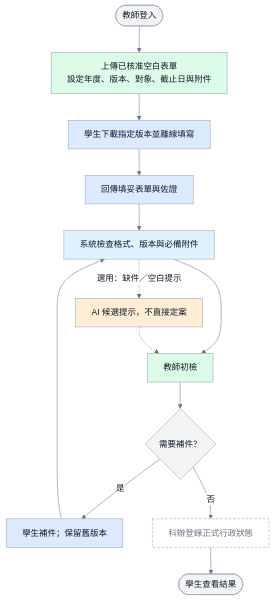
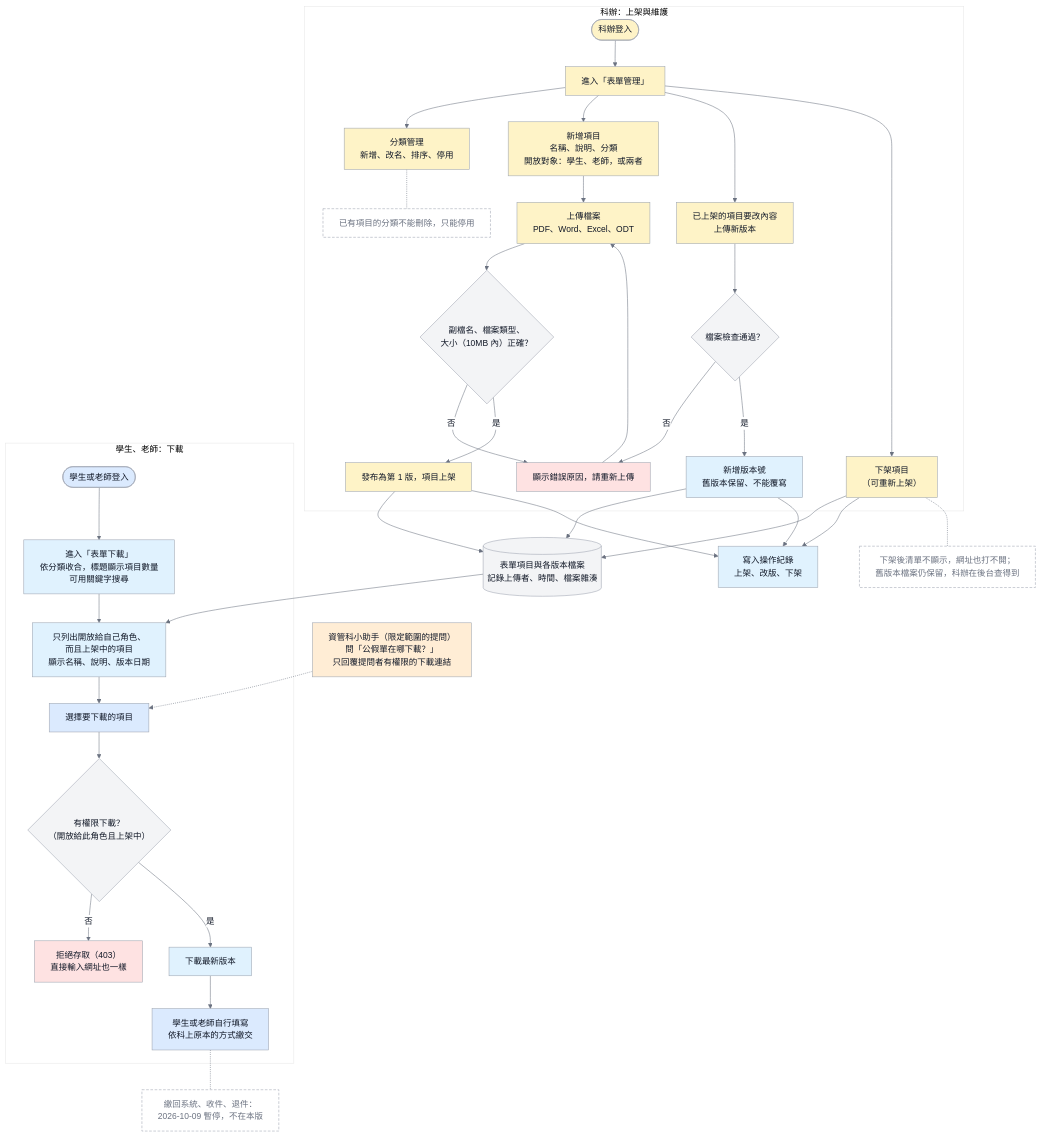
Before and after one commit to vujhdcusa/1028: the fourth of 14 diagrams in docs/04_圖表與介面/diagrams.md, drawn with Mermaid. The commit also changed other lines of this file and 13 other files, not shown here.

Commit message:
圖 6 改為科辦表單下載區流程圖；舊圖 6（行政表單）與圖 7（專題共同審查）移到封存；同步圖表文件、規格書與流程圖彙整簡報

````diff
--- a/docs/04_圖表與介面/diagrams.md
+++ b/docs/04_圖表與介面/diagrams.md
@@ -226,25 +227,51 @@
 ```mermaid
 %%{init: {'theme':'base','themeVariables': {'fontFamily':'Microsoft JhengHei, Noto Sans TC, Arial, sans-serif','primaryColor':'#F3F4F6','primaryTextColor':'#111827','primaryBorderColor':'#9CA3AF','lineColor':'#6B7280','edgeLabelBackground':'#FFFFFF'},'flowchart':{'wrappingWidth':400}}}%%
 flowchart TD
     classDef student fill:#DBEAFE,stroke:#9CA3AF,color:#111827,stroke-width:1px;
     classDef teacher fill:#DCFCE7,stroke:#9CA3AF,color:#111827,stroke-width:1px;
-    classDef admin fill:#EDE9FE,stroke:#9CA3AF,color:#111827,stroke-width:1px;
+    classDef staff fill:#FEF3C7,stroke:#9CA3AF,color:#111827,stroke-width:1px;
     classDef system fill:#E0F2FE,stroke:#9CA3AF,color:#111827,stroke-width:1px;
     classDef store fill:#F3F4F6,stroke:#9CA3AF,color:#111827,stroke-width:1px;
     classDef ai fill:#FFEDD5,stroke:#9CA3AF,color:#111827,stroke-width:1px;
     classDef alert fill:#FEE2E2,stroke:#9CA3AF,color:#111827,stroke-width:1px;
     classDef pending fill:#FFFFFF,stroke:#9CA3AF,color:#6B7280,stroke-width:1px,stroke-dasharray:5 3;
 
-    Start([教師登入]) --> Publish[上傳已核准空白表單<br/>設定年度、版本、對象、截止日與附件]:::teacher
-    Publish --> Download[學生下載指定版本並離線填寫]:::student
-    Download --> Submit[回傳填妥表單與佐證]:::student
-    Submit --> RuleCheck[系統檢查格式、版本與必備附件]:::system
-    RuleCheck --> TeacherView[教師初檢]:::teacher
-    RuleCheck -. 選用：缺件／空白提示 .-> AI[AI 候選提示，不直接定案]:::ai
-    AI -.-> TeacherView
-    TeacherView --> NeedFix{需要補件？}
-    NeedFix -- 是 --> StudentFix[學生補件；保留舊版本]:::student
-    StudentFix --> RuleCheck
-    NeedFix -- 否 --> StaffResult[科辦登錄正式行政狀態]:::pending
-    StaffResult --> End([學生查看結果])
+    subgraph StaffSide[科辦：上架與維護]
+        SLogin([科辦登入]):::staff --> Manage[進入「表單管理」]:::staff
+        Manage --> Category[分類管理<br/>新增、改名、排序、停用]:::staff
+        Category -.- CatRule[已有項目的分類不能刪除，只能停用]:::pending
+        Manage --> NewItem[新增項目<br/>名稱、說明、分類<br/>開放對象：學生、老師，或兩者]:::staff
+        NewItem --> UploadFile[上傳檔案<br/>PDF、Word、Excel、ODT]:::staff
+        UploadFile --> FileOK{副檔名、檔案類型、<br/>大小（10MB 內）正確？}
+        FileOK -- 否 --> FileErr[顯示錯誤原因，請重新上傳]:::alert
+        FileErr --> UploadFile
+        FileOK -- 是 --> Publish[發布為第 1 版，項目上架]:::staff
+        Manage --> Revise[已上架的項目要改內容<br/>上傳新版本]:::staff
+        Revise --> FileOK2{檔案檢查通過？}
+        FileOK2 -- 否 --> FileErr
+        FileOK2 -- 是 --> NewVersion[新增版本號<br/>舊版本保留、不能覆寫]:::system
+        Manage --> Unlist[下架項目<br/>（可重新上架）]:::staff
+    end
+
+    Publish --> Store[(表單項目與各版本檔案<br/>記錄上傳者、時間、檔案雜湊)]:::store
+    NewVersion --> Store
+    Unlist --> Store
+    Publish --> Log[寫入操作紀錄<br/>上架、改版、下架]:::system
+    NewVersion --> Log
+    Unlist --> Log
+
+    subgraph UserSide[學生、老師：下載]
+        ULogin([學生或老師登入]):::student --> List[進入「表單下載」<br/>依分類收合，標題顯示項目數量<br/>可用關鍵字搜尋]:::system
+        List --> Filter[只列出開放給自己角色、<br/>而且上架中的項目<br/>顯示名稱、說明、版本日期]:::system
+        Filter --> Pick[選擇要下載的項目]:::student
+        Pick --> Allowed{有權限下載？<br/>（開放給此角色且上架中）}
+        Allowed -- 否 --> Deny[拒絕存取（403）<br/>直接輸入網址也一樣]:::alert
+        Allowed -- 是 --> Download[下載最新版本]:::system
+        Download --> Offline[學生或老師自行填寫<br/>依科上原本的方式繳交]:::student
+    end
+
+    Store --> Filter
+    Ask[資管科小助手（限定範圍的提問）<br/>問「公假單在哪下載？」<br/>只回覆提問者有權限的下載連結]:::ai -.-> Pick
+    Offline -.- NoCollect[繳回系統、收件、退件：<br/>2026-10-09 暫停，不在本版]:::pending
+    Unlist -.- UnlistRule[下架後清單不顯示，網址也打不開；<br/>舊版本檔案仍保留，科辦在後台查得到]:::pending
 ```
````
